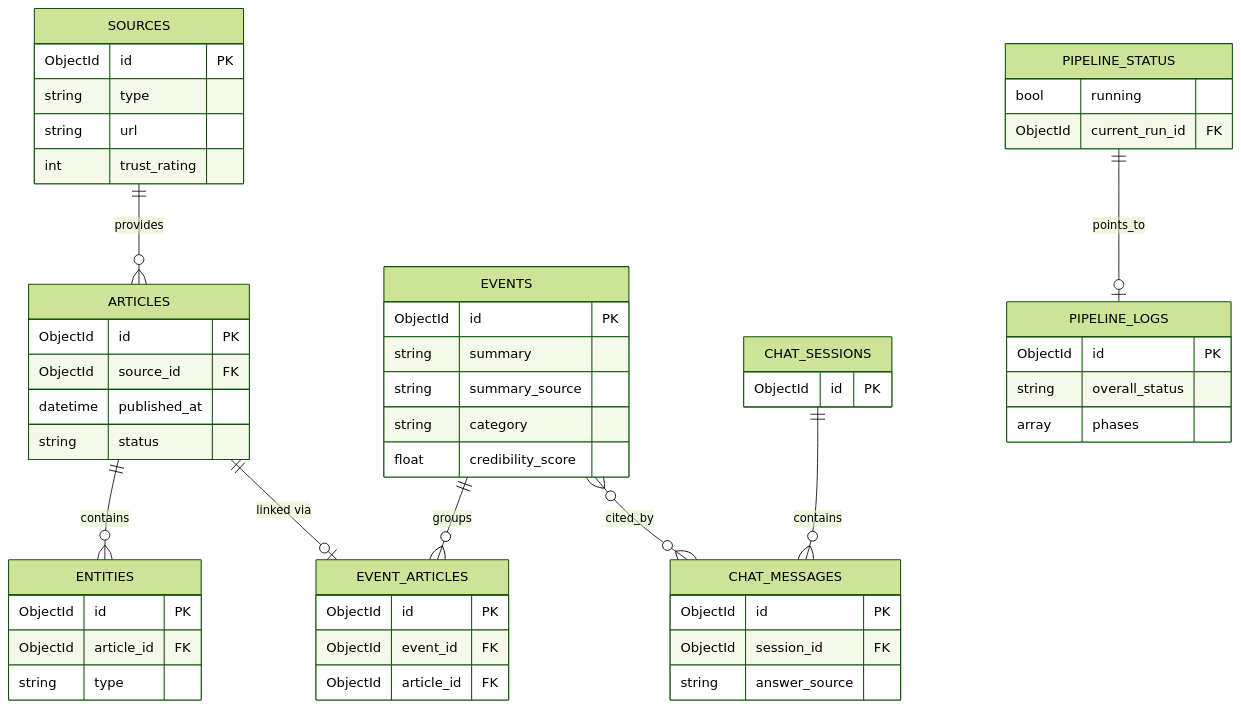
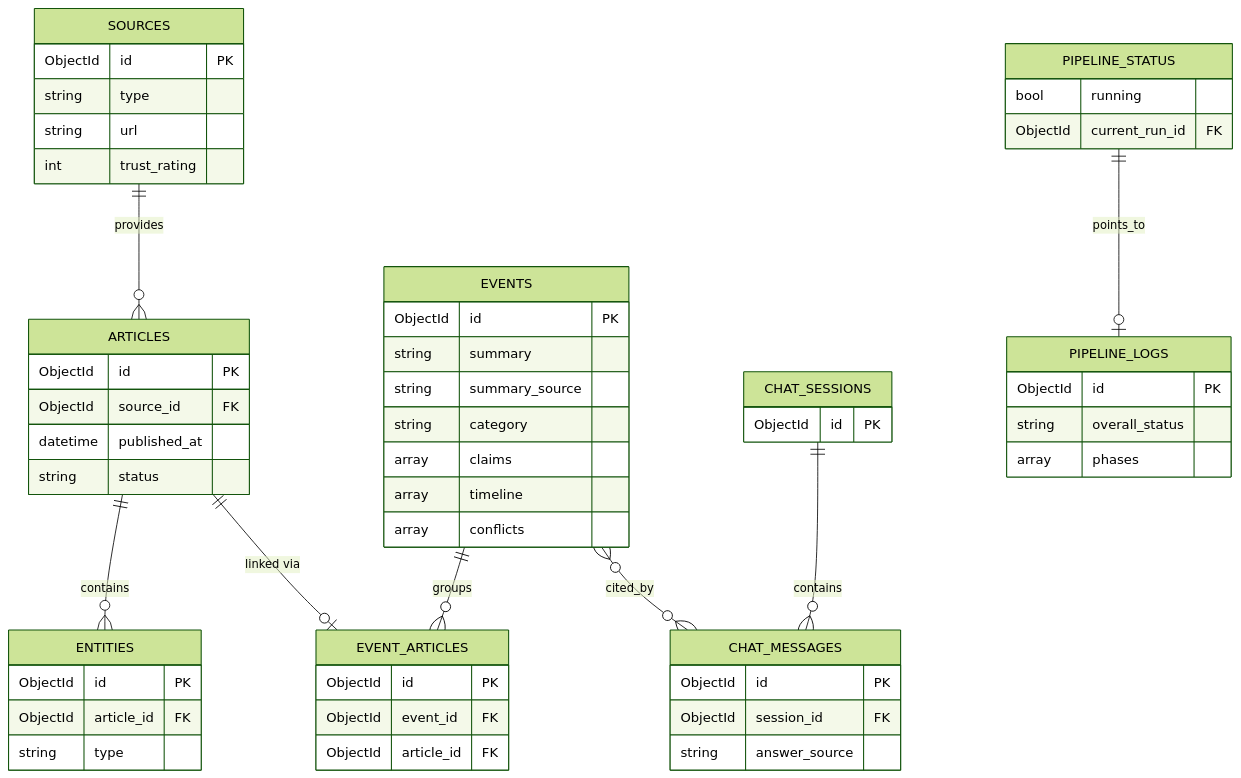
The diagram in docs/06-database-design.md (Charanraju360/military-v2), drawn with Mermaid (forest theme) before and after one commit. The commit also changed other lines of this file and 45 other files, not shown here.

````diff
--- a/docs/06-database-design.md
+++ b/docs/06-database-design.md
@@ -95,20 +100,20 @@
 ```mermaid
 erDiagram
     SOURCES ||--o{ ARTICLES : provides
     ARTICLES ||--o{ ENTITIES : contains
     EVENTS ||--o{ EVENT_ARTICLES : groups
     ARTICLES ||--o| EVENT_ARTICLES : "linked via"
     CHAT_SESSIONS ||--o{ CHAT_MESSAGES : contains
     EVENTS }o--o{ CHAT_MESSAGES : cited_by
     PIPELINE_STATUS ||--o| PIPELINE_LOGS : points_to
 
     SOURCES { ObjectId id PK  string type  string url  int trust_rating }
     ARTICLES { ObjectId id PK  ObjectId source_id FK  datetime published_at  string status }
     ENTITIES { ObjectId id PK  ObjectId article_id FK  string type }
-    EVENTS { ObjectId id PK  string summary  string summary_source  string category  float credibility_score }
+    EVENTS { ObjectId id PK  string summary  string summary_source  string category  array claims  array timeline  array conflicts }
     EVENT_ARTICLES { ObjectId id PK  ObjectId event_id FK  ObjectId article_id FK }
     CHAT_SESSIONS { ObjectId id PK }
     CHAT_MESSAGES { ObjectId id PK  ObjectId session_id FK  string answer_source }
     PIPELINE_LOGS { ObjectId id PK  string overall_status  array phases }
     PIPELINE_STATUS { bool running  ObjectId current_run_id FK }
 ```
````
